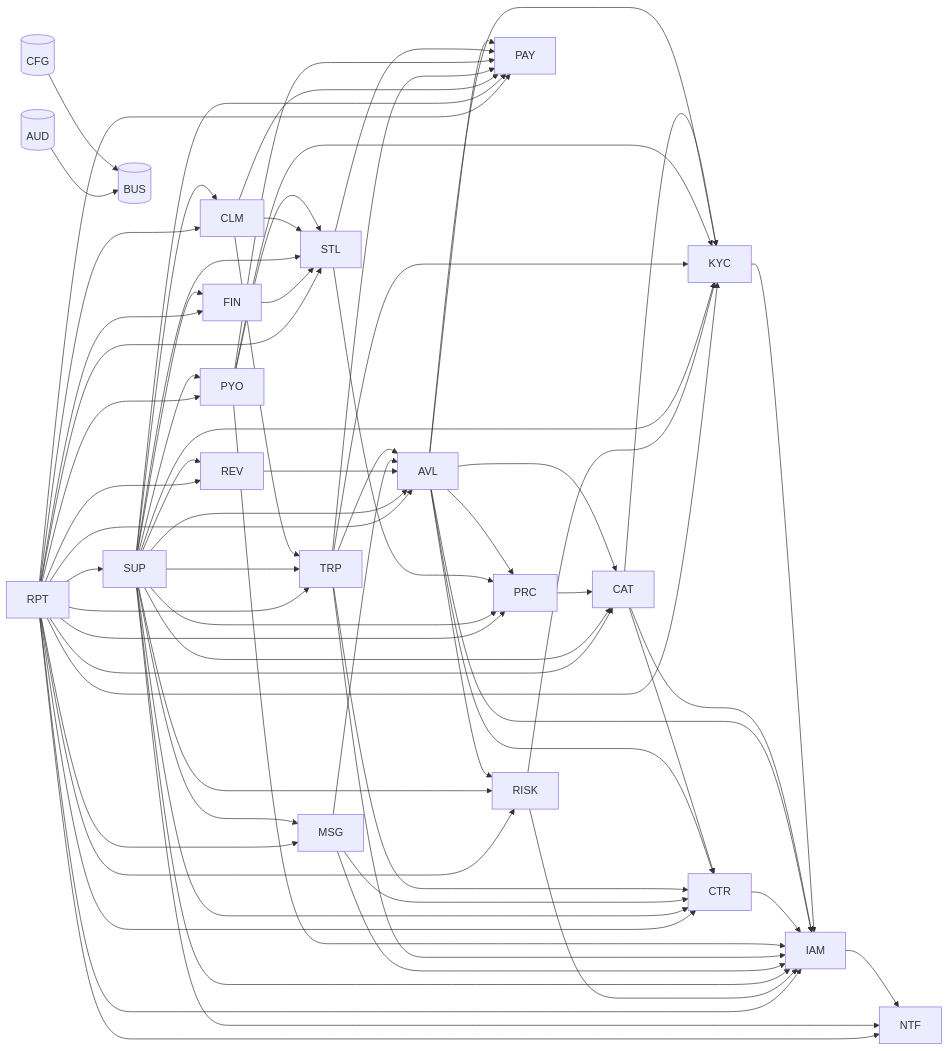
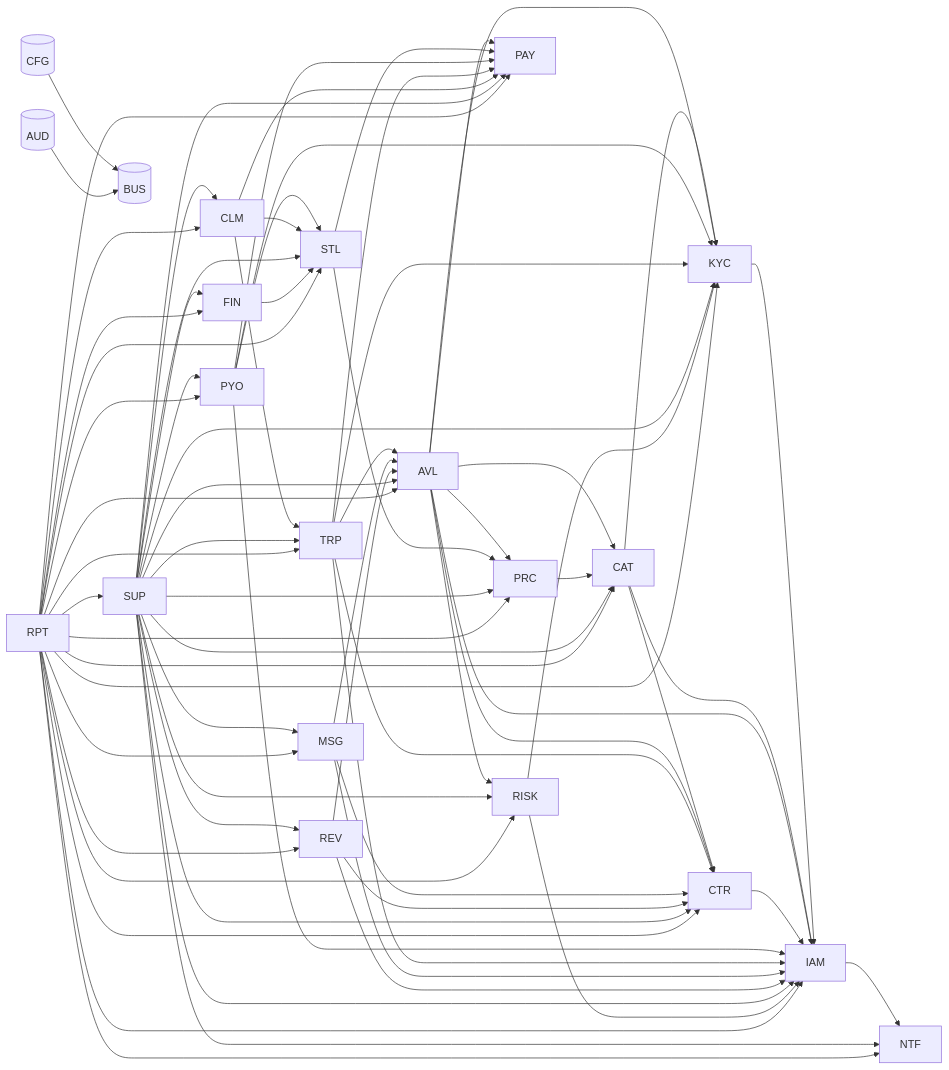
One commit to Noamgitpty/rueda changed the first of 2 diagrams in docs/architecture/modules.md. Above: the diagram before and after it, drawn with Mermaid. The commit also changed other lines of this file and 33 other files, not shown here.

```diff
--- a/docs/architecture/modules.md
+++ b/docs/architecture/modules.md
@@ -64,6 +64,8 @@
   MSG --> AVL
   MSG --> CTR
   REV --> AVL
+  REV --> IAM
+  REV --> CTR
   SUP --> IAM
   SUP --> KYC
   SUP --> CAT
```
